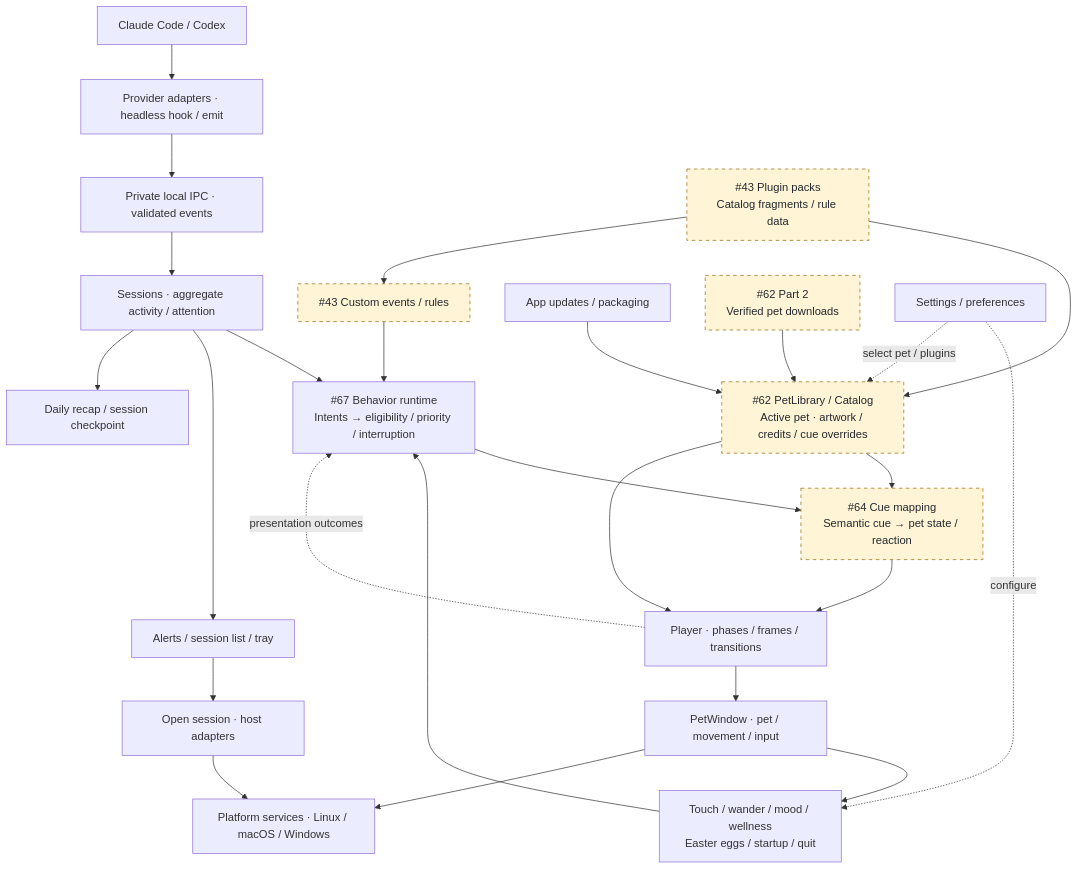
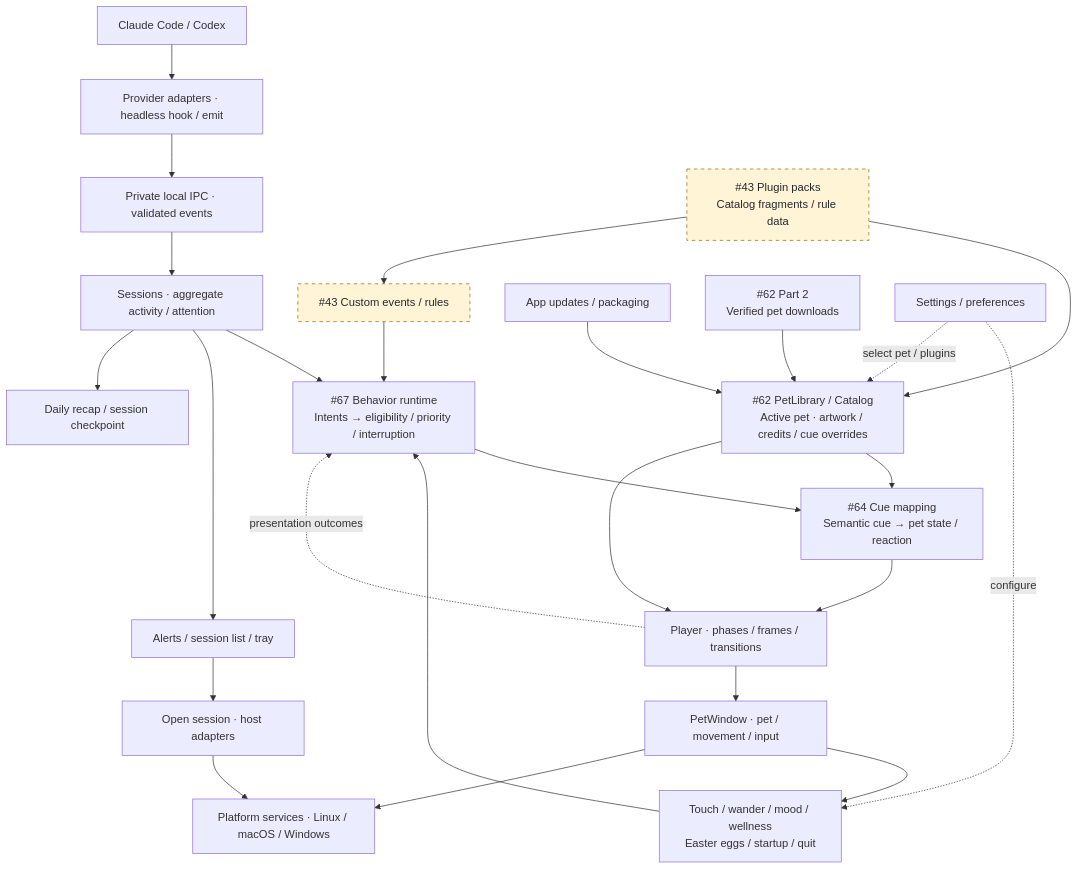
One commit to WindyWin/vpet-agent-pet changed the first of 2 diagrams in README.md. Above: the diagram before and after it, drawn with Mermaid. The commit also changed other lines of this file and 5 other files, not shown here.

First line of the commit message:
docs: sync roadmap with merged pet packs, cues and runtime; renumber duplicate ADR 0031

````diff
--- a/README.md
+++ b/README.md
@@ -223,32 +223,32 @@
 ```mermaid
 flowchart TB
   agents["Claude Code / Codex"] --> input["Provider adapters · headless hook / emit"]
   input --> ipc["Private local IPC · validated events"]
   ipc --> sessions["Sessions · aggregate activity / attention"]
   sessions --> runtime["#67 Behavior runtime<br/>Intents → eligibility / priority / interruption"]
   life["Touch / wander / mood / wellness<br/>Easter eggs / startup / quit"] --> runtime
   custom["#43 Custom events / rules"] --> runtime
   runtime --> cues["#64 Cue mapping<br/>Semantic cue → pet state / reaction"]
   cues --> player["Player · phases / frames / transitions"]
   player --> window["PetWindow · pet / movement / input"]
   player -. presentation outcomes .-> runtime
   window --> life
 
   sessions --> alerts["Alerts / session list / tray"]
   alerts --> focus["Open session · host adapters"]
   focus --> platform["Platform services · Linux / macOS / Windows"]
   window --> platform
   sessions --> recap["Daily recap / session checkpoint"]
 
   packs["#62 PetLibrary / Catalog<br/>Active pet · artwork / credits / cue overrides"] --> cues
   packs --> player
   plugins["#43 Plugin packs<br/>Catalog fragments / rule data"] --> packs
   plugins --> custom
   updates["App updates / packaging"] --> packs
   downloads["#62 Part 2<br/>Verified pet downloads"] --> packs
   settings["Settings / preferences"] -. configure .-> life
   settings -. select pet / plugins .-> packs
 
   classDef planned fill:#fff4d6,stroke:#9a6700,stroke-dasharray:5 5,color:#24292f
-  class cues,packs,custom,plugins,downloads planned
+  class custom,plugins planned
 ```
````
